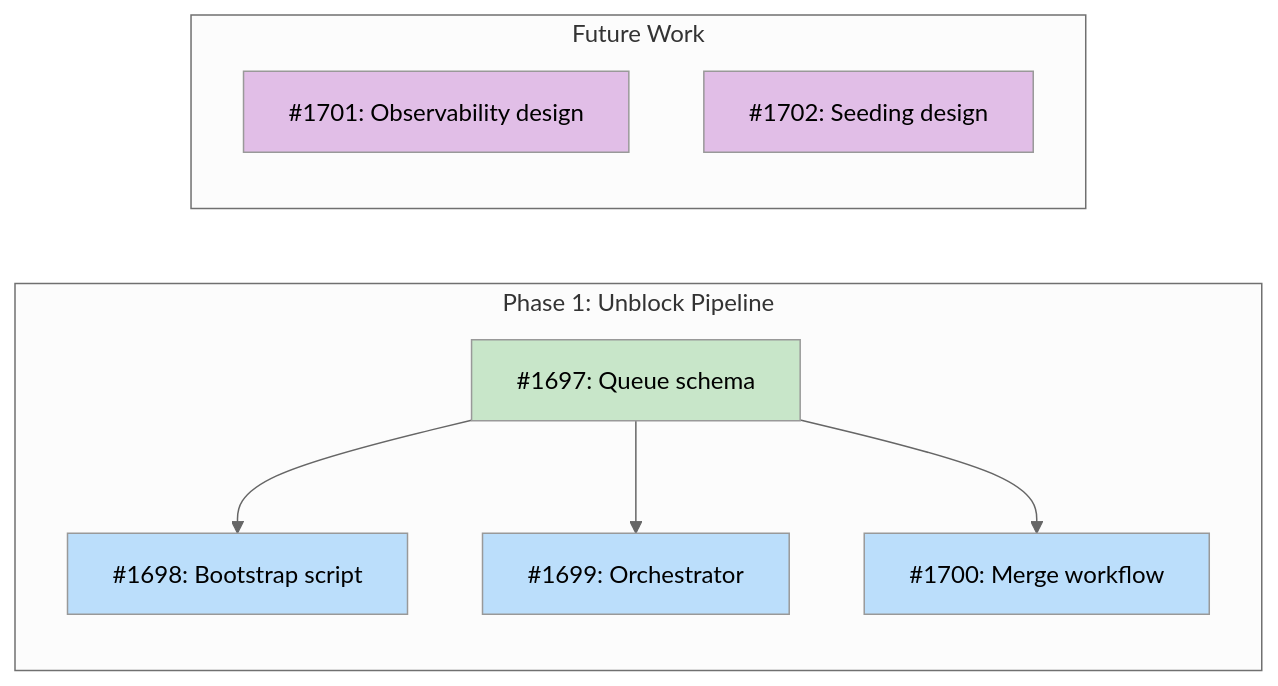
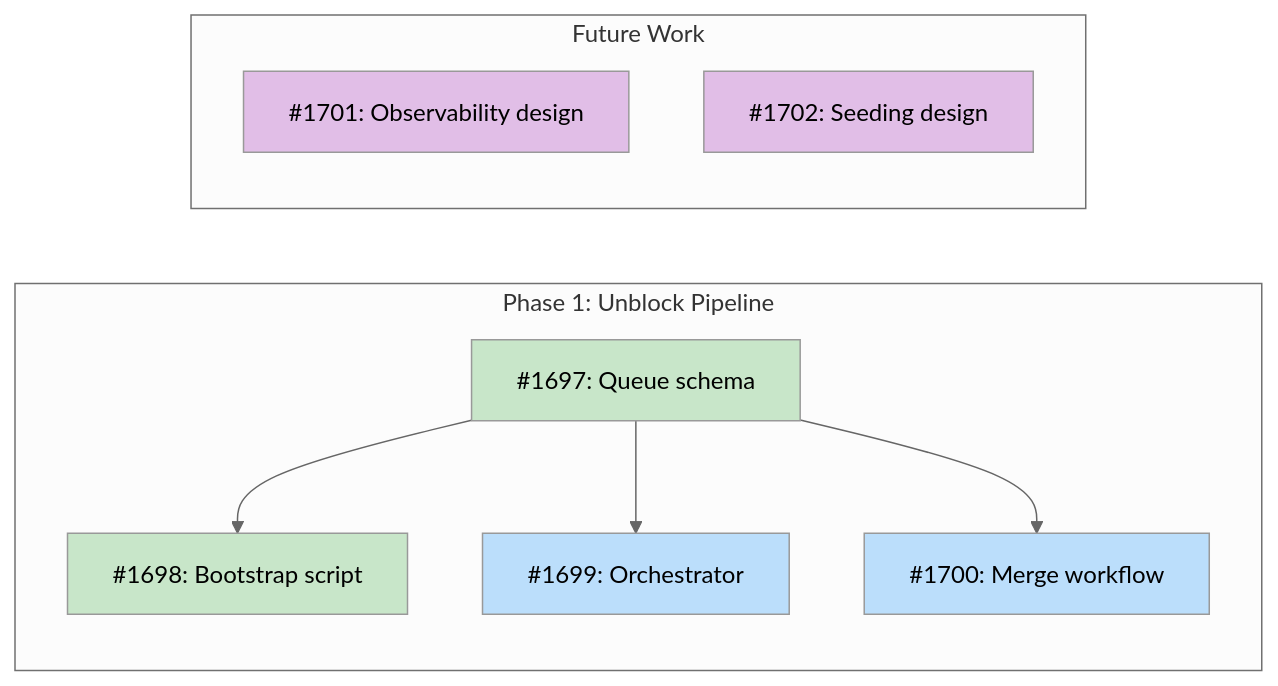
The first of 4 diagrams in docs/designs/DESIGN-pipeline-dashboard.md (tsukumogami/tsuku), drawn with Mermaid (neutral theme) before and after one commit. The commit also changed other lines of this file and 1 other file, not shown here.

Commit message:
chore(design): mark #1698 as done in pipeline dashboard design
Update implementation tracking: strikethrough issue row in table,
change Mermaid node class to done, update state file with summary.

````diff
--- a/docs/designs/DESIGN-pipeline-dashboard.md
+++ b/docs/designs/DESIGN-pipeline-dashboard.md
@@ -54,27 +54,28 @@
 ```mermaid
 graph LR
     subgraph Phase1["Phase 1: Unblock Pipeline"]
         I1697["#1697: Queue schema"]
         I1698["#1698: Bootstrap script"]
         I1699["#1699: Orchestrator"]
         I1700["#1700: Merge workflow"]
     end
 
     subgraph Future["Future Work"]
         I1701["#1701: Observability design"]
         I1702["#1702: Seeding design"]
     end
 
     I1697 --> I1698
     I1697 --> I1699
     I1697 --> I1700
 
     classDef done fill:#c8e6c9
     classDef ready fill:#bbdefb
     classDef blocked fill:#fff9c4
     classDef needsDesign fill:#e1bee7
 
     class I1697 done
-    class I1698,I1699,I1700 ready
+    class I1698 done
+    class I1699,I1700 ready
     class I1701,I1702 needsDesign
 ```
````
